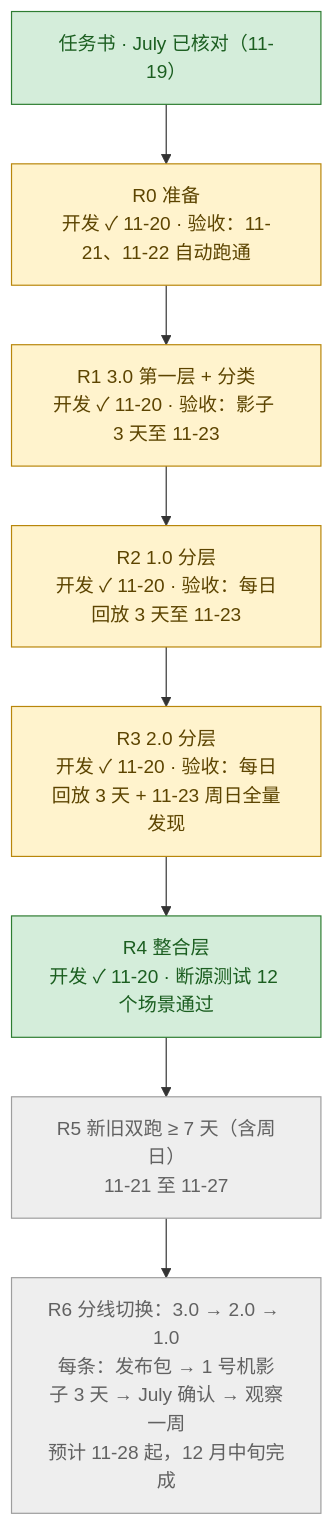
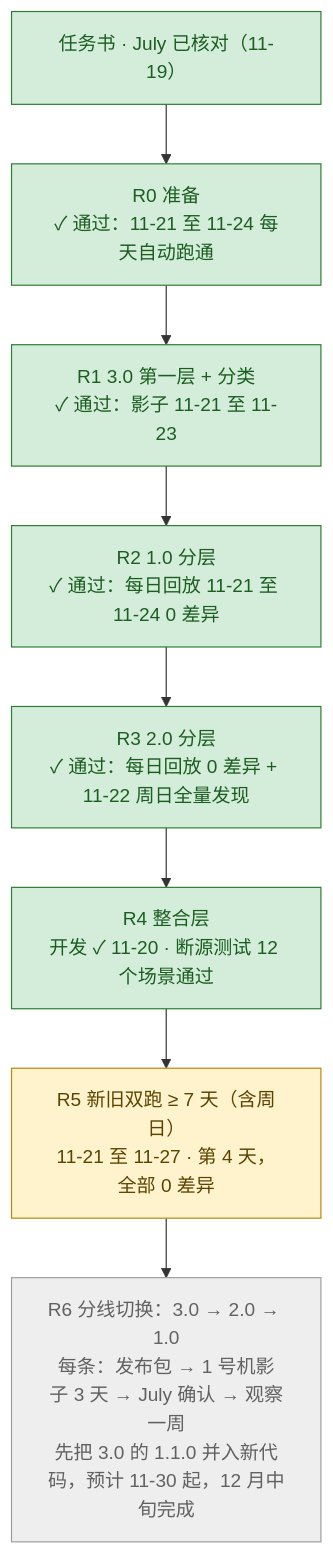
Before and after one commit to JulyWA/lp-monitor-3.0-snapshot: the second of 10 diagrams in protocol-docs/lp-market-layered-refactor-brief.md, drawn with Mermaid. The commit also changed other lines of this file and 3 other files, not shown here.

````diff
--- a/protocol-docs/lp-market-layered-refactor-brief.md
+++ b/protocol-docs/lp-market-layered-refactor-brief.md
@@ -50,15 +50,15 @@
 ```mermaid
 flowchart TB
   D["任务书 · July 已核对（11-19）"]:::done
-  R0["R0 准备<br/>开发 ✓ 11-20 · 验收：11-21、11-22 自动跑通"]:::wip
-  R1["R1 3.0 第一层 + 分类<br/>开发 ✓ 11-20 · 验收：影子 3 天至 11-23"]:::wip
-  R2["R2 1.0 分层<br/>开发 ✓ 11-20 · 验收：每日回放 3 天至 11-23"]:::wip
-  R3["R3 2.0 分层<br/>开发 ✓ 11-20 · 验收：每日回放 3 天 + 11-23 周日全量发现"]:::wip
+  R0["R0 准备<br/>✓ 通过：11-21 至 11-24 每天自动跑通"]:::done
+  R1["R1 3.0 第一层 + 分类<br/>✓ 通过：影子 11-21 至 11-23"]:::done
+  R2["R2 1.0 分层<br/>✓ 通过：每日回放 11-21 至 11-24 0 差异"]:::done
+  R3["R3 2.0 分层<br/>✓ 通过：每日回放 0 差异 + 11-22 周日全量发现"]:::done
   R4["R4 整合层<br/>开发 ✓ 11-20 · 断源测试 12 个场景通过"]:::done
-  R5["R5 新旧双跑 ≥ 7 天（含周日）<br/>11-21 至 11-27"]:::todo
-  R6["R6 分线切换：3.0 → 2.0 → 1.0<br/>每条：发布包 → 1 号机影子 3 天 → July 确认 → 观察一周<br/>预计 11-28 起，12 月中旬完成"]:::todo
+  R5["R5 新旧双跑 ≥ 7 天（含周日）<br/>11-21 至 11-27 · 第 4 天，全部 0 差异"]:::wip
+  R6["R6 分线切换：3.0 → 2.0 → 1.0<br/>每条：发布包 → 1 号机影子 3 天 → July 确认 → 观察一周<br/>先把 3.0 的 1.1.0 并入新代码，预计 11-30 起，12 月中旬完成"]:::todo
   D --> R0 --> R1 --> R2 --> R3 --> R4 --> R5 --> R6
   classDef done fill:#d4edda,stroke:#2e7d32,color:#1b5e20
   classDef wip fill:#fff3cd,stroke:#b8860b,color:#5c4400
   classDef todo fill:#eeeeee,stroke:#9e9e9e,color:#616161
 ```
````
